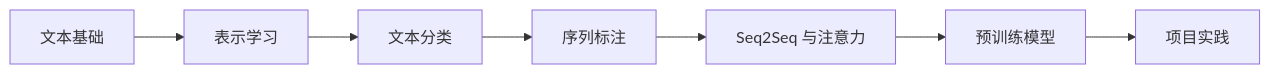
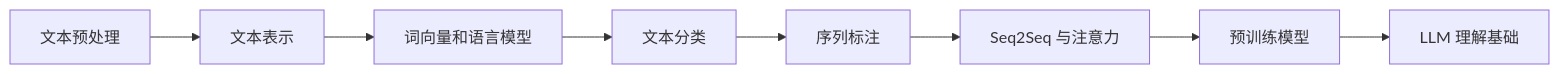
Before and after one commit to oudbiao/AI-fullstack-course: the diagram in docs/stage7/index.md, drawn with Mermaid. The commit also changed other lines of this file and 95 other files, not shown here.

````diff
--- a/docs/stage7/index.md
+++ b/docs/stage7/index.md
@@ -65,9 +25,10 @@
 ```mermaid
 flowchart LR
-    A["文本基础"] --> B["表示学习"]
-    B --> C["文本分类"]
-    C --> D["序列标注"]
-    D --> E["Seq2Seq 与注意力"]
-    E --> F["预训练模型"]
-    F --> G["项目实践"]
+  A[文本预处理] --> B[文本表示]
+  B --> C[词向量和语言模型]
+  C --> D[文本分类]
+  D --> E[序列标注]
+  E --> F[Seq2Seq 与注意力]
+  F --> G[预训练模型]
+  G --> H[LLM 理解基础]
 ```
````
